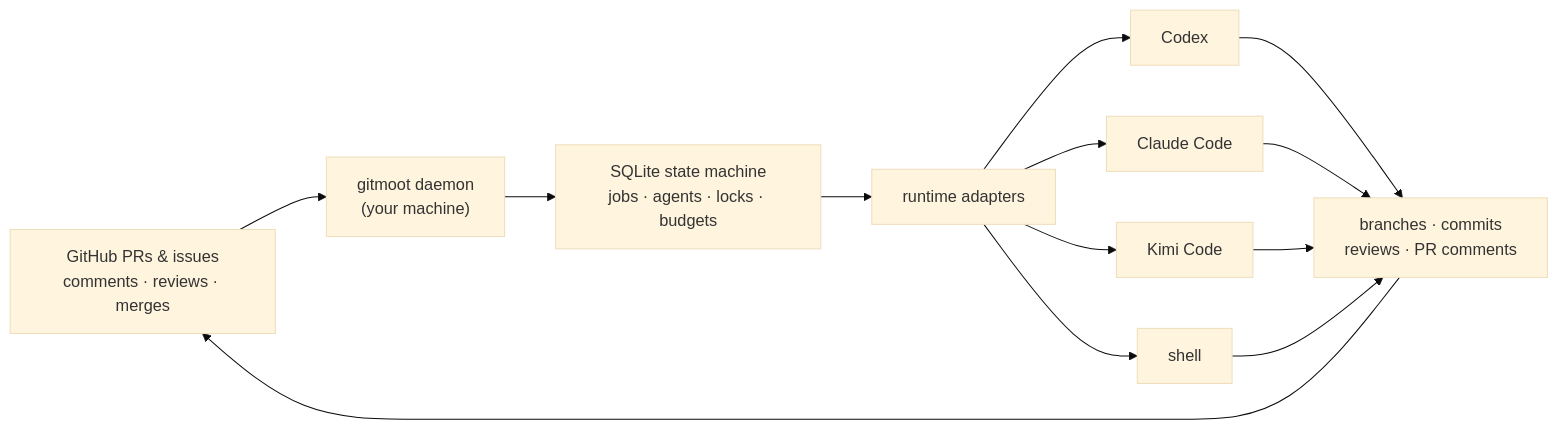
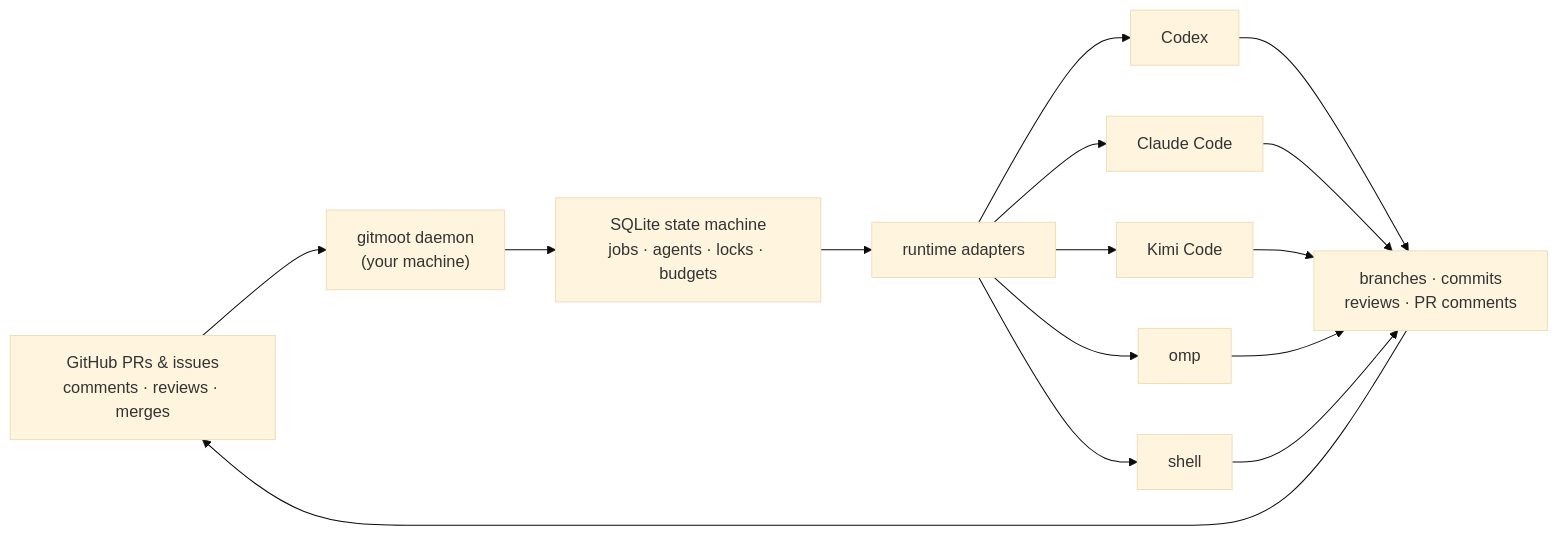
One commit to gitmoot/gitmoot changed the diagram in README.md. Above: the diagram before and after it, drawn with Mermaid (base theme). The commit also changed other lines of this file and 19 other files, not shown here.

````diff
--- a/README.md
+++ b/README.md
@@ -98,12 +99,13 @@
 ```mermaid
 flowchart LR
     A["GitHub PRs & issues<br/>comments · reviews · merges"] --> B["gitmoot daemon<br/>(your machine)"]
     B --> C["SQLite state machine<br/>jobs · agents · locks · budgets"]
     C --> D["runtime adapters"]
     D --> E["Codex"]
     D --> F["Claude Code"]
     D --> G["Kimi Code"]
-    D --> H["shell"]
-    E & F & G & H --> I["branches · commits<br/>reviews · PR comments"]
+    D --> H["omp"]
+    D --> J["shell"]
+    E & F & G & H & J --> I["branches · commits<br/>reviews · PR comments"]
     I --> A
 ```
````
